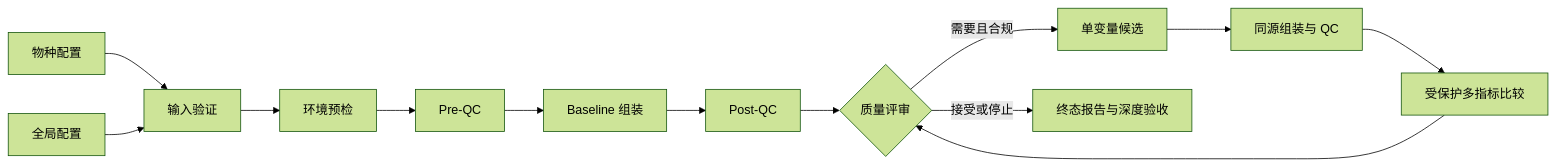
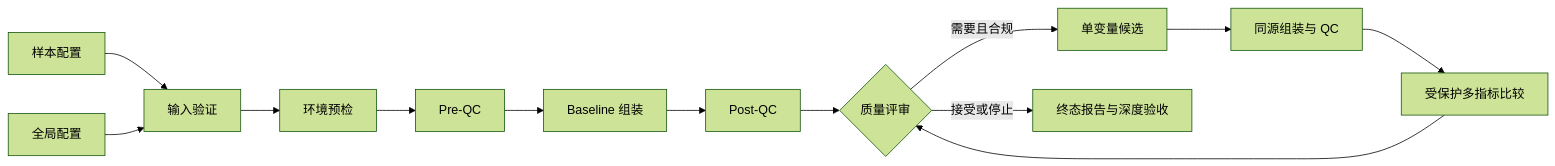
One commit to mysilicons/HiFiAgent changed the diagram in README.md. Above: the diagram before and after it, drawn with Mermaid (forest theme). The commit also changed other lines of this file and 37 other files, not shown here.

````diff
--- a/README.md
+++ b/README.md
@@ -44,15 +45,15 @@
 ```mermaid
 flowchart LR
-    S[物种配置] --> V[输入验证]
+    S[样本配置] --> V[输入验证]
     R[全局配置] --> V
     V --> E[环境预检]
     E --> Q1[Pre-QC]
     Q1 --> A[Baseline 组装]
     A --> Q2[Post-QC]
     Q2 --> D{质量评审}
     D -->|需要且合规| C[单变量候选]
     C --> A2[同源组装与 QC]
     A2 --> M[受保护多指标比较]
     M --> D
     D -->|接受或停止| T[终态报告与深度验收]
 ```
````
